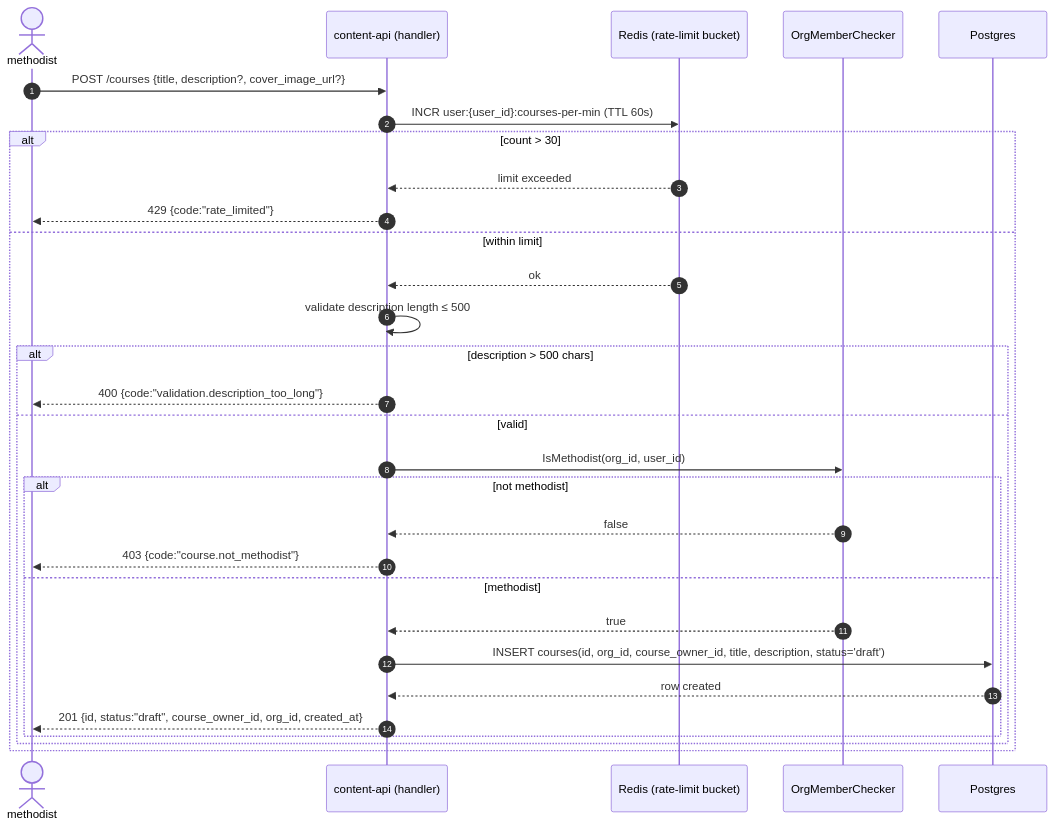
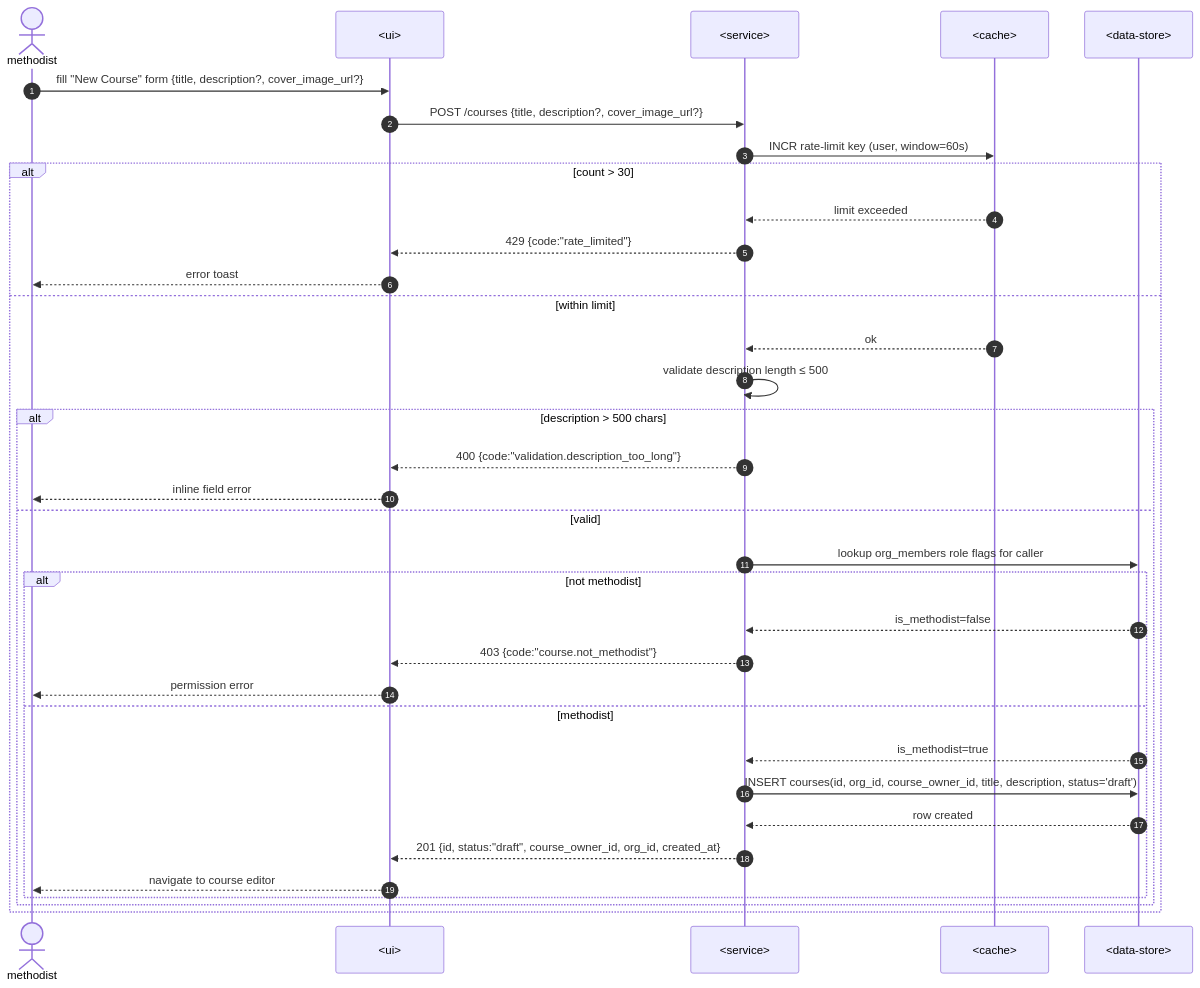
One commit to genkovich/agentic-engineering-course-public changed the third of 13 diagrams in modules/6-sdlc/sdlc/examples/course-lesson-mvp/sad.md. Above: the diagram before and after it, drawn with Mermaid. The commit also changed other lines of this file and 139 other files, not shown here.

First line of the commit message:
sdlc: синк плагіна до v4.5.1 (21 skill, agents, map-architecture)

````diff
--- a/modules/6-sdlc/sdlc/examples/course-lesson-mvp/sad.md
+++ b/modules/6-sdlc/sdlc/examples/course-lesson-mvp/sad.md
@@ -165,34 +170,38 @@
 ```mermaid
 sequenceDiagram
     autonumber
     actor M as methodist
-    participant API as content-api (handler)
-    participant RL as Redis (rate-limit bucket)
-    participant OMC as OrgMemberChecker
-    participant DB as Postgres
+    participant UI as <ui>
+    participant SVC as <service>
+    participant CACHE as <cache>
+    participant DS as <data-store>
 
-    %% TODO: align with openapi.yaml — POST /courses not yet in contract
-    M->>API: POST /courses {title, description?, cover_image_url?}
-    API->>RL: INCR user:{user_id}:courses-per-min (TTL 60s)
+    M->>UI: fill "New Course" form {title, description?, cover_image_url?}
+    UI->>SVC: POST /courses {title, description?, cover_image_url?}
+    SVC->>CACHE: INCR rate-limit key (user, window=60s)
     alt count > 30
-        RL-->>API: limit exceeded
-        API-->>M: 429 {code:"rate_limited"}
+        CACHE-->>SVC: limit exceeded
+        SVC-->>UI: 429 {code:"rate_limited"}
+        UI-->>M: error toast
     else within limit
-        RL-->>API: ok
-        API->>API: validate description length ≤ 500
+        CACHE-->>SVC: ok
+        SVC->>SVC: validate description length ≤ 500
         alt description > 500 chars
-            API-->>M: 400 {code:"validation.description_too_long"}
+            SVC-->>UI: 400 {code:"validation.description_too_long"}
+            UI-->>M: inline field error
         else valid
-            API->>OMC: IsMethodist(org_id, user_id)
+            SVC->>DS: lookup org_members role flags for caller
             alt not methodist
-                OMC-->>API: false
-                API-->>M: 403 {code:"course.not_methodist"}
+                DS-->>SVC: is_methodist=false
+                SVC-->>UI: 403 {code:"course.not_methodist"}
+                UI-->>M: permission error
             else methodist
-                OMC-->>API: true
-                API->>DB: INSERT courses(id, org_id, course_owner_id, title, description, status='draft')
-                DB-->>API: row created
-                API-->>M: 201 {id, status:"draft", course_owner_id, org_id, created_at}
+                DS-->>SVC: is_methodist=true
+                SVC->>DS: INSERT courses(id, org_id, course_owner_id, title, description, status='draft')
+                DS-->>SVC: row created
+                SVC-->>UI: 201 {id, status:"draft", course_owner_id, org_id, created_at}
+                UI-->>M: navigate to course editor
             end
         end
     end
 ```
````
